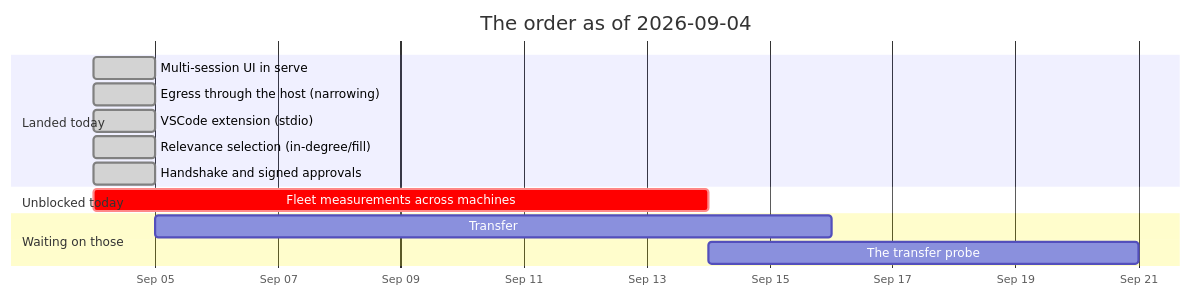
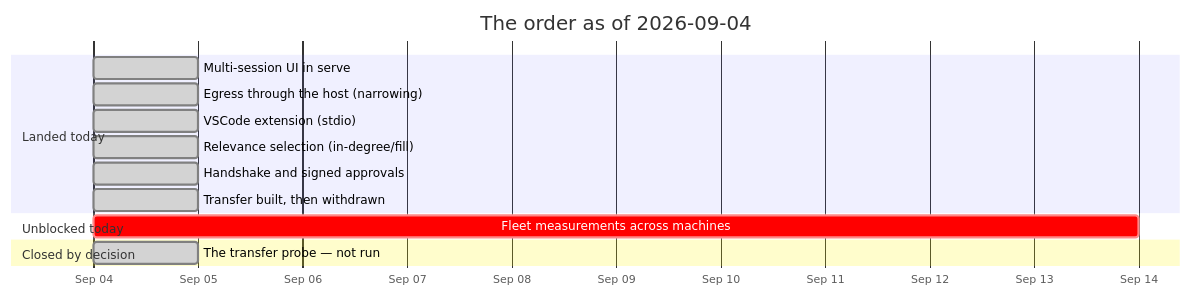
Before and after one commit to jgermade/luu: the diagram in ROADMAP/2026-09-04/README.md, drawn with Mermaid. The commit also changed other lines of this file and 10 other files, not shown here.

````diff
--- a/ROADMAP/2026-09-04/README.md
+++ b/ROADMAP/2026-09-04/README.md
@@ -44,17 +53,17 @@
 ```mermaid
 gantt
     title The order as of 2026-09-04
     dateFormat YYYY-MM-DD
     axisFormat %b %d
     section Landed today
     Multi-session UI in serve              :done, multi, 2026-09-04, 1d
     Egress through the host (narrowing)    :done, egress, 2026-09-04, 1d
     VSCode extension (stdio)               :done, vsc, 2026-09-04, 1d
     Relevance selection (in-degree/fill)   :done, rel, 2026-09-04, 1d
     Handshake and signed approvals         :done, sig, 2026-09-04, 1d
+    Transfer built, then withdrawn         :done, fed, 2026-09-04, 1d
     section Unblocked today
     Fleet measurements across machines     :crit, bench, 2026-09-04, 10d
-    section Waiting on those
-    Transfer: the record stream and import :fed, after sig, 11d
-    The transfer probe                     :probe, after fed, 7d
+    section Closed by decision
+    The transfer probe — not run           :done, probe, 2026-09-04, 1d
 ```
````
